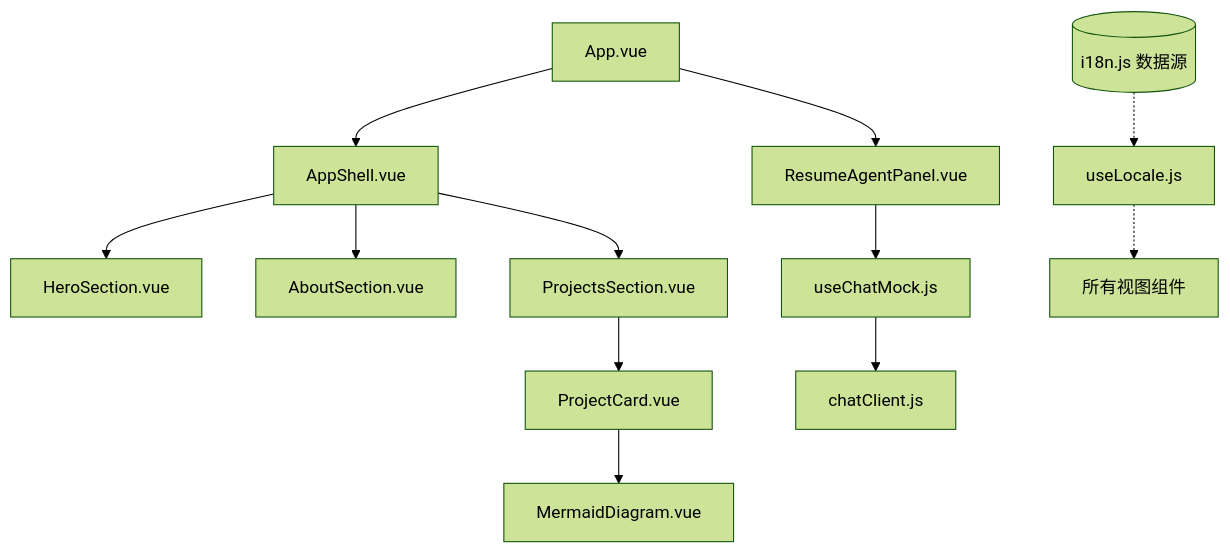
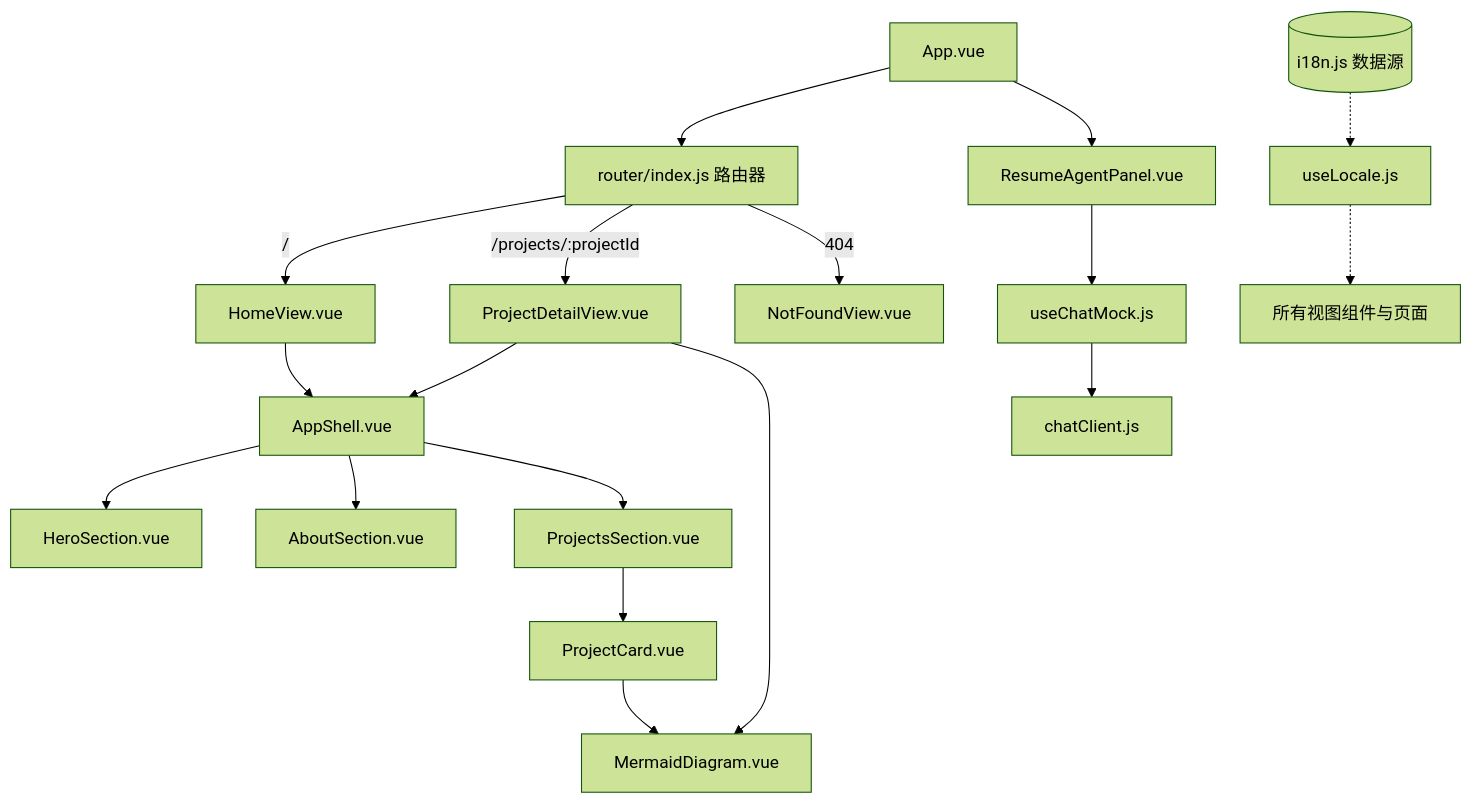
Before and after one commit to weiqiang612/Collections: the diagram in docs/2-designs/architecture.md, drawn with Mermaid (forest theme). The commit also changed other lines of this file and 12 other files, not shown here.

Commit message:
Document project detail page for Sky Takeout

````diff
--- a/docs/2-designs/architecture.md
+++ b/docs/2-designs/architecture.md
@@ -11,17 +12,25 @@
 ```mermaid
 flowchart TD
-    App[App.vue] --> AppShell[AppShell.vue]
+    App[App.vue] --> Router[router/index.js 路由器]
+    Router -->|/| HomeView[HomeView.vue]
+    Router -->|/projects/:projectId| ProjectDetailView[ProjectDetailView.vue]
+    Router -->|404| NotFoundView[NotFoundView.vue]
+
+    HomeView --> AppShell[AppShell.vue]
+    ProjectDetailView --> AppShell
+    
     AppShell --> HeroSection[HeroSection.vue]
     AppShell --> AboutSection[AboutSection.vue]
     AppShell --> ProjectsSection[ProjectsSection.vue]
     
     ProjectsSection --> ProjectCard[ProjectCard.vue]
     ProjectCard --> MermaidDiagram[MermaidDiagram.vue]
+    ProjectDetailView --> MermaidDiagram[MermaidDiagram.vue]
     
     App --> ResumeAgentPanel[ResumeAgentPanel.vue]
     ResumeAgentPanel --> useChatMock[useChatMock.js]
     useChatMock --> chatClient[chatClient.js]
     
     i18n[(i18n.js 数据源)] -.-> useLocale[useLocale.js]
-    useLocale -.-> Components[所有视图组件]
+    useLocale -.-> Components[所有视图组件与页面]
 ```
````
